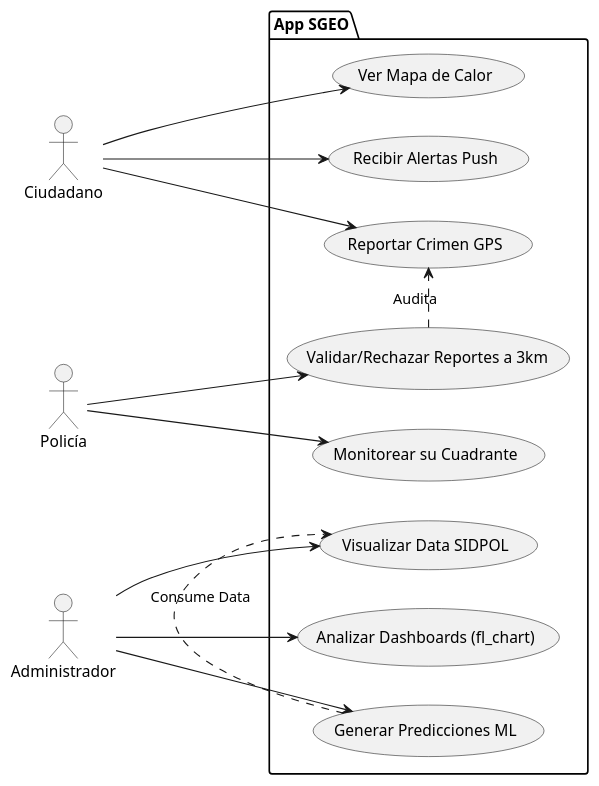
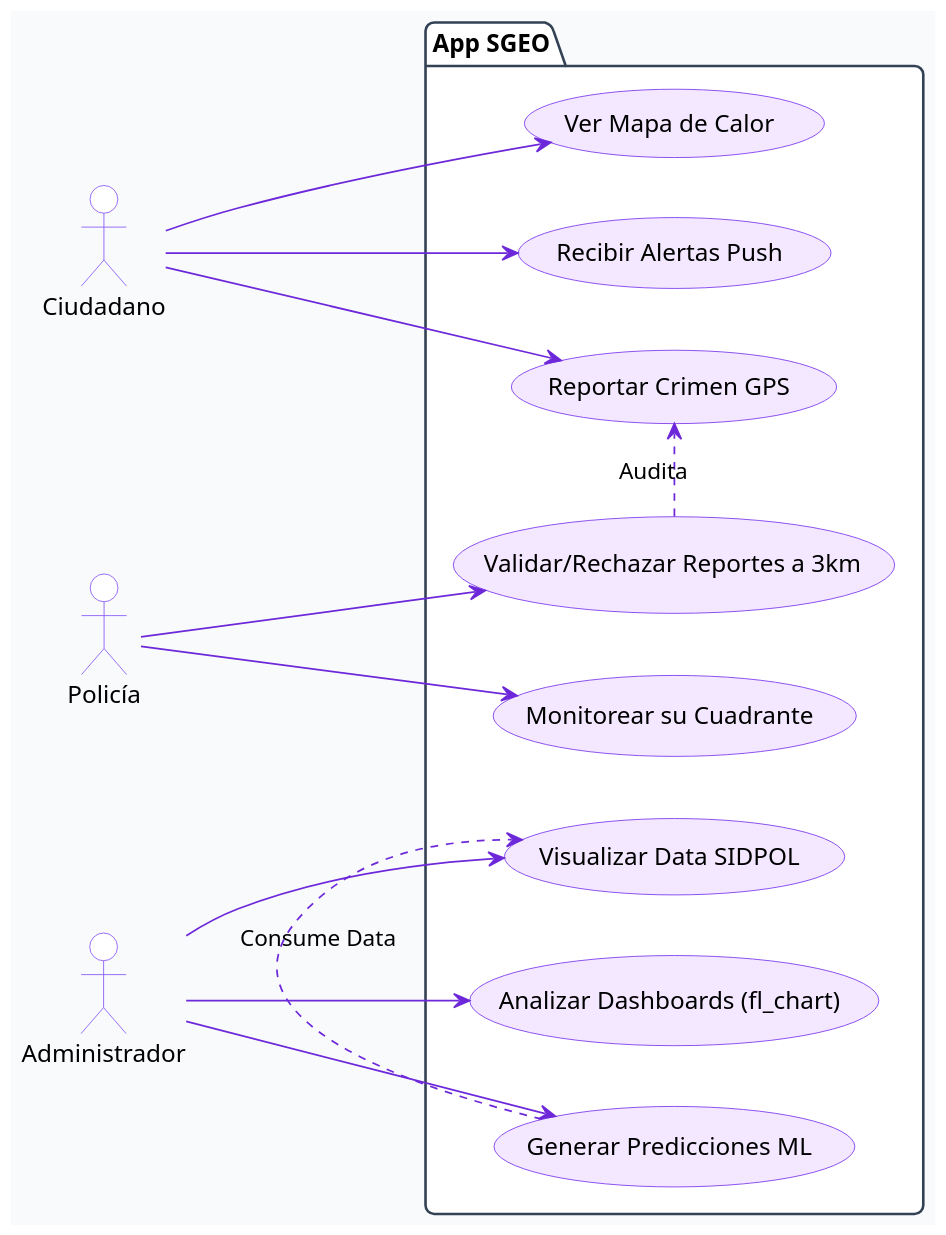
One commit to pieroalexanderppc/sgeo_pp changed the first of 6 diagrams in docs/FD04-EPIS-Informe SAD de Proyecto.md. Above: the diagram before and after it, drawn with PlantUML. The commit also changed other lines of this file and 15 other files, not shown here.

````diff
--- a/docs/FD04-EPIS-Informe SAD de Proyecto.md
+++ b/docs/FD04-EPIS-Informe SAD de Proyecto.md
@@ -108,35 +108,48 @@
 ```plantuml
 @startuml
+skinparam shadowing false
+skinparam roundcorner 10
+skinparam dpi 150
+skinparam defaultFontName Segoe UI
+skinparam backgroundColor #F8FAFC
+skinparam ArrowColor #6D28D9
+skinparam UsecaseBackgroundColor #F3E8FF
+skinparam UsecaseBorderColor #7C3AED
+skinparam ActorBackgroundColor #FFFFFF
+skinparam ActorBorderColor #8B5CF6
+skinparam PackageBackgroundColor #FFFFFF
+skinparam PackageBorderColor #334155
+
 left to right direction
 actor "Ciudadano" as C
 actor "Policía" as P
 actor "Administrador" as A
 
 package "App SGEO" {
   usecase "Reportar Crimen GPS" as UC1
   usecase "Ver Mapa de Calor" as UC2
   usecase "Recibir Alertas Push" as UC3
   
   usecase "Validar/Rechazar Reportes a 3km" as UC4
   usecase "Monitorear su Cuadrante" as UC5
   
   usecase "Analizar Dashboards (fl_chart)" as UC6
   usecase "Generar Predicciones ML" as UC7
   usecase "Visualizar Data SIDPOL" as UC8
 }
 
 C --> UC1
 C --> UC2
 C --> UC3
 
 P --> UC4
 P --> UC5
 
 A --> UC6
 A --> UC7
 A --> UC8
 
 UC4 .> UC1 : "Audita"
 UC7 .> UC8 : "Consume Data"
 @enduml
 ```
````
